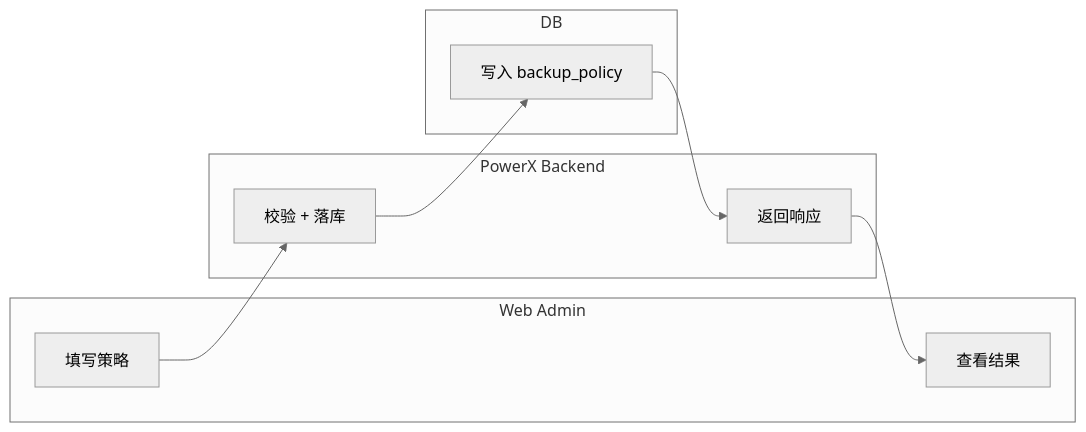
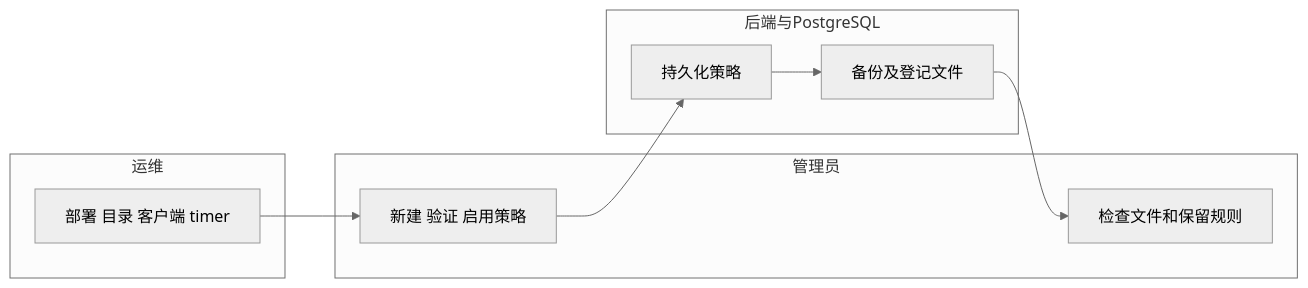
One commit to ArtisanCloud/PowerX changed the third of 3 diagrams in docs/guides/deploy/027-monitor-center/usecase-us1-policy-automation.md. Above: the diagram before and after it, drawn with Mermaid (neutral theme). The commit also changed other lines of this file and 117 other files, not shown here.

````diff
--- a/docs/guides/deploy/027-monitor-center/usecase-us1-policy-automation.md
+++ b/docs/guides/deploy/027-monitor-center/usecase-us1-policy-automation.md
@@ -44,15 +36,15 @@
 ```mermaid
 flowchart LR
-  subgraph L1[Web Admin]
-    U1[填写策略]
-    U2[查看结果]
-  end
-  subgraph L2[PowerX Backend]
-    B1[校验 + 落库]
-    B2[返回响应]
-  end
-  subgraph L3[DB]
-    D1[写入 backup_policy]
-  end
-  U1 --> B1 --> D1 --> B2 --> U2
+ subgraph 运维
+  A[部署 目录 客户端 timer]
+ end
+ subgraph 管理员
+  B[新建 验证 启用策略]
+  C[检查文件和保留规则]
+ end
+ subgraph 后端与PostgreSQL
+  D[持久化策略]
+  E[备份及登记文件]
+ end
+ A --> B --> D --> E --> C
 ```
````
